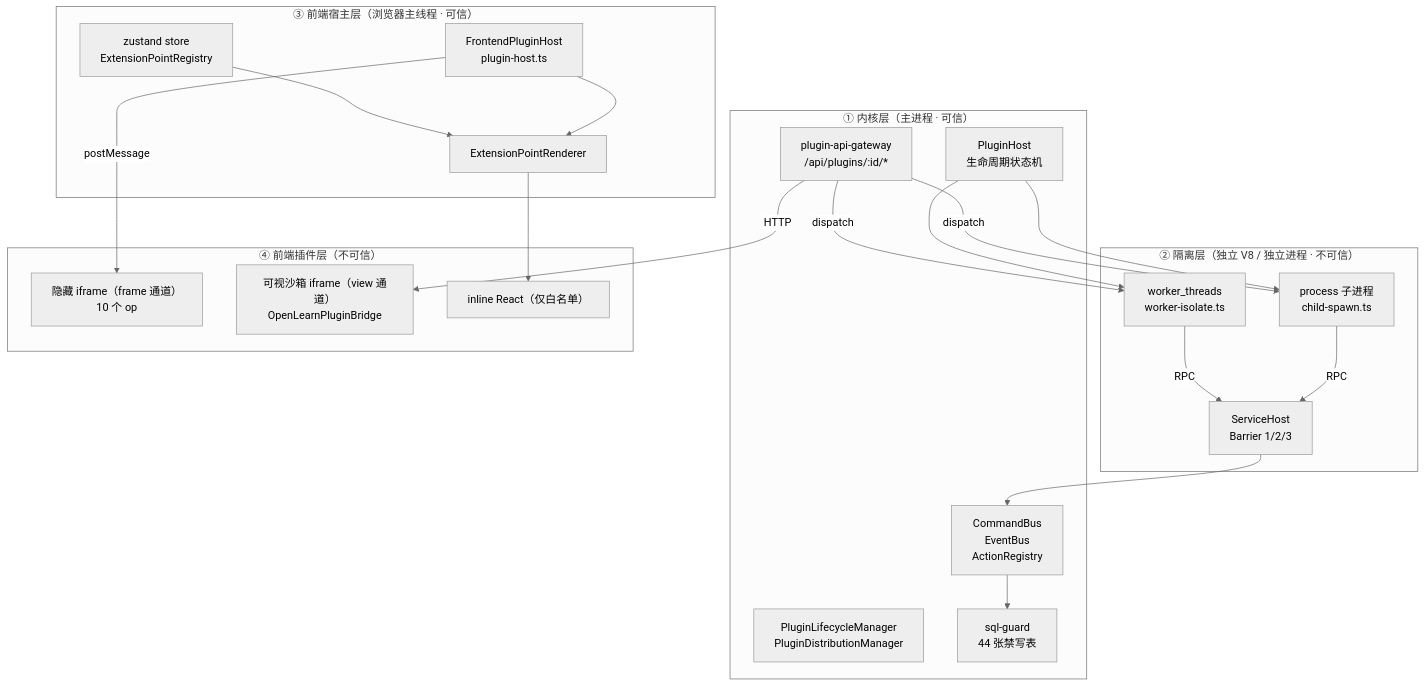
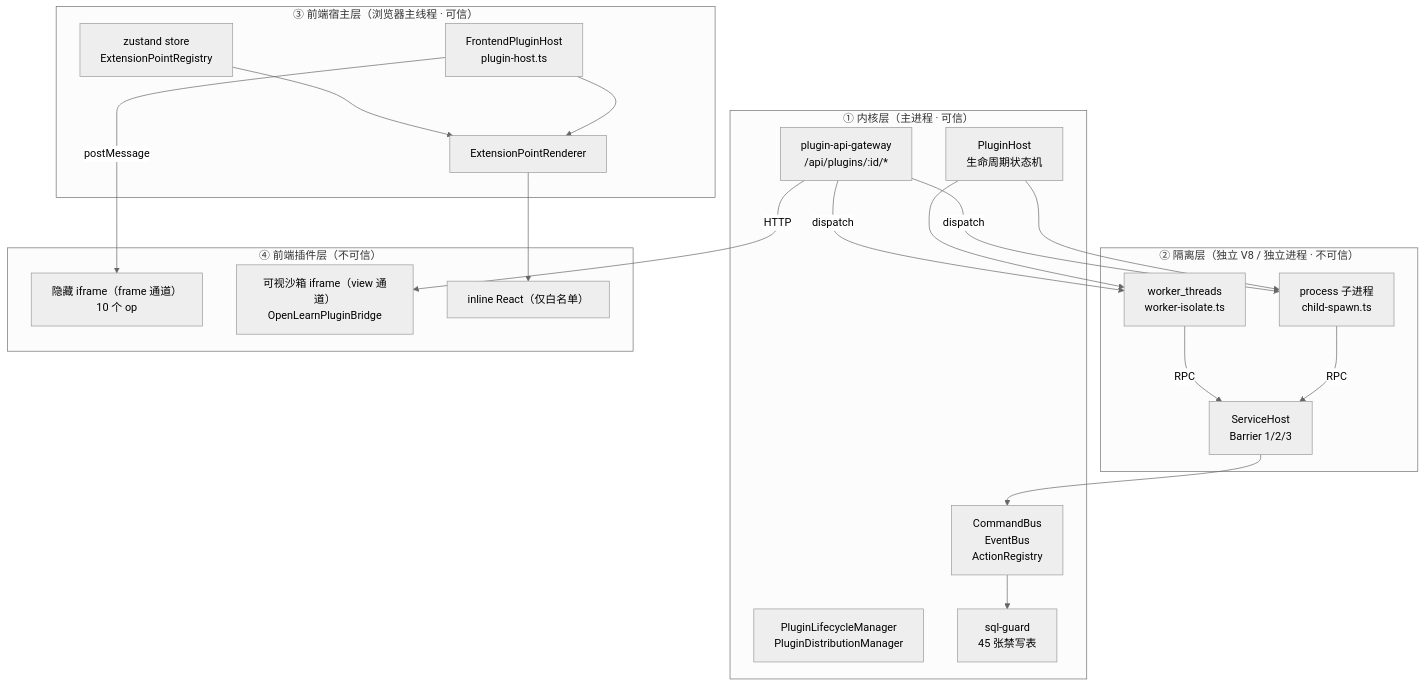
Before and after one commit to aymwoo/OpenLearn-Next-V2: the first of 2 diagrams in docs/ai-reference/architecture/plugin-runtime-planes.md, drawn with Mermaid (neutral theme). The commit also changed 24 other files, not shown here.

````diff
--- a/docs/ai-reference/architecture/plugin-runtime-planes.md
+++ b/docs/ai-reference/architecture/plugin-runtime-planes.md
@@ -13,42 +13,42 @@
 ```mermaid
 flowchart TB
   subgraph L1["① 内核层（主进程 · 可信）"]
     KB["CommandBus<br/>EventBus<br/>ActionRegistry"]
     PH["PluginHost<br/>生命周期状态机"]
     LG["PluginLifecycleManager<br/>PluginDistributionManager"]
     GW["plugin-api-gateway<br/>/api/plugins/:id/*"]
-    SQL["sql-guard<br/>44 张禁写表"]
+    SQL["sql-guard<br/>45 张禁写表"]
   end
 
   subgraph L2["② 隔离层（独立 V8 / 独立进程 · 不可信）"]
     PX["process 子进程<br/>child-spawn.ts"]
     WK["worker_threads<br/>worker-isolate.ts"]
     SH["ServiceHost<br/>Barrier 1/2/3"]
   end
 
   subgraph L3["③ 前端宿主层（浏览器主线程 · 可信）"]
     FH["FrontendPluginHost<br/>plugin-host.ts"]
     ST["zustand store<br/>ExtensionPointRegistry"]
     RD["ExtensionPointRenderer"]
   end
 
   subgraph L4["④ 前端插件层（不可信）"]
     FR["隐藏 iframe（frame 通道）<br/>10 个 op"]
     VW["可视沙箱 iframe（view 通道）<br/>OpenLearnPluginBridge"]
     IR["inline React（仅白名单）"]
   end
 
   PH --> PX
   PH --> WK
   PX -->|RPC| SH
   WK -->|RPC| SH
   SH --> KB
   KB --> SQL
   GW -->|dispatch| PX
   GW -->|dispatch| WK
   FH -->|postMessage| FR
   FH --> RD
   ST --> RD
   GW -->|HTTP| VW
   RD --> IR
 ```
````
